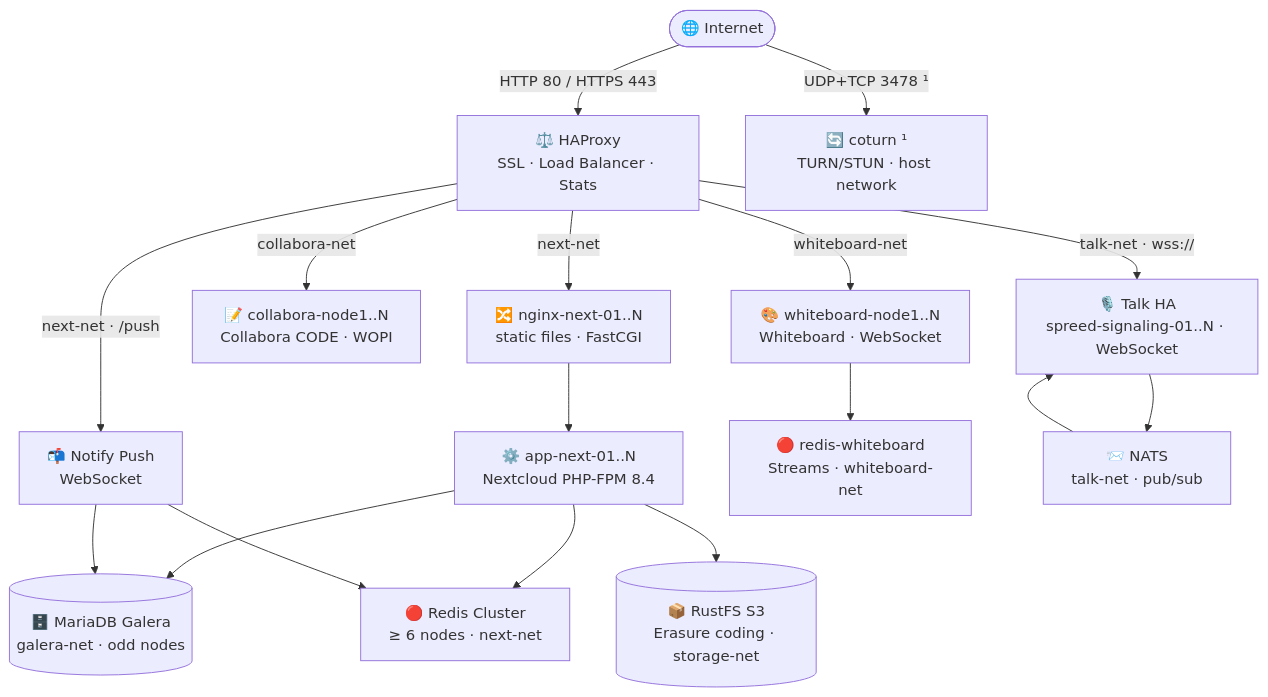
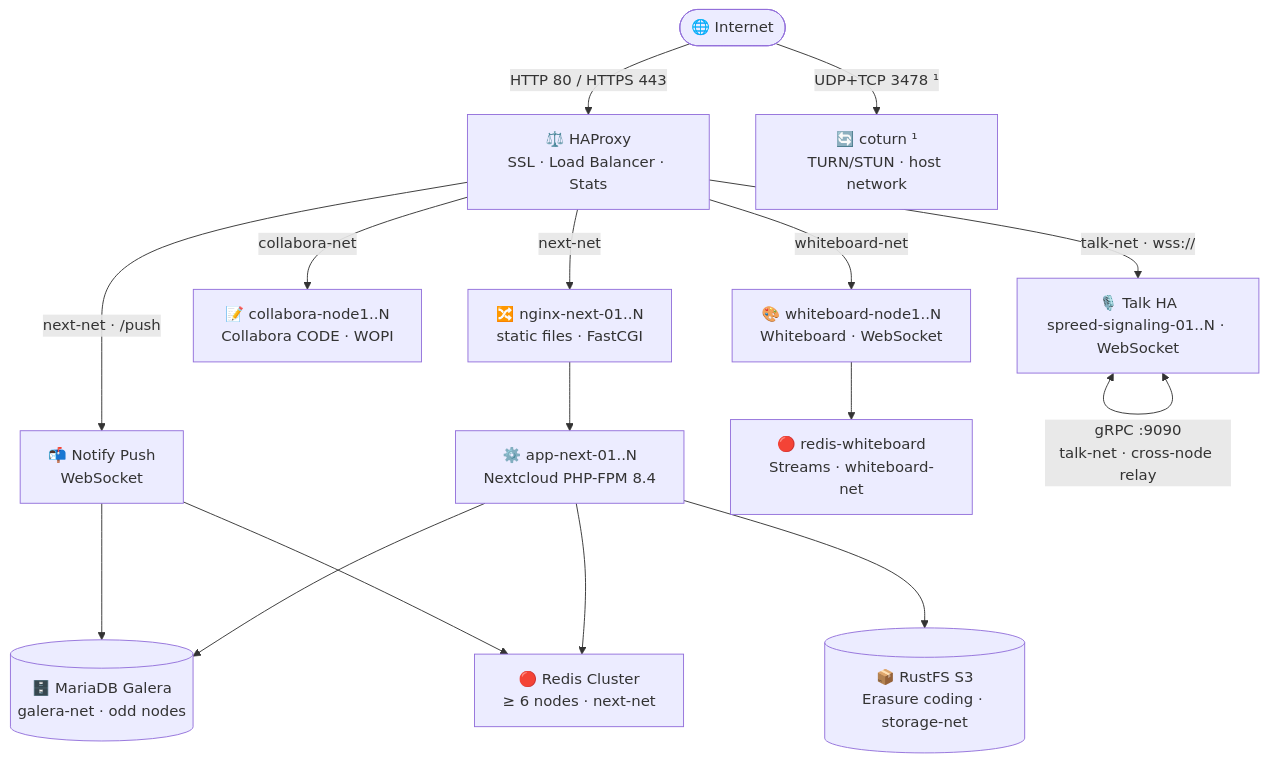
The diagram in README.md (oboeglen/Azure-NXT-Maxscale), drawn with Mermaid before and after one commit. The commit also changed other lines of this file, not shown here.

First line of the commit message:
docs: update Talk section and architecture — remove NATS, add gRPC

````diff
--- a/README.md
+++ b/README.md
@@ -141,29 +141,28 @@
 ```mermaid
 flowchart TD
     Internet(["🌐 Internet"]) -->|"HTTP 80 / HTTPS 443"| HAProxy
     Internet -->|"UDP+TCP 3478 ¹"| coturn
 
     HAProxy["⚖️ HAProxy\nSSL · Load Balancer · Stats"]
 
     HAProxy -->|"next-net · /push"| npush["📬 Notify Push\nWebSocket"]
     HAProxy -->|next-net| nginx["🔀 nginx-next-01..N\nstatic files · FastCGI"]
     HAProxy -->|collabora-net| collab["📝 collabora-node1..N\nCollabora CODE · WOPI"]
     HAProxy -->|whiteboard-net| wb["🎨 whiteboard-node1..N\nWhiteboard · WebSocket"]
     HAProxy -->|"talk-net · wss://"| sig["🎙️ Talk HA\nspreed-signaling-01..N · WebSocket"]
 
     nginx --> fpm["⚙️ app-next-01..N\nNextcloud PHP-FPM 8.4"]
 
     fpm --> galera[("🗄️ MariaDB Galera\ngalera-net · odd nodes")]
     fpm --> redis["🔴 Redis Cluster\n≥ 6 nodes · next-net"]
     fpm --> rustfs[("📦 RustFS S3\nErasure coding · storage-net")]
 
     wb --> redis_wb["🔴 redis-whiteboard\nStreams · whiteboard-net"]
 
-    sig --> nats["📨 NATS\ntalk-net · pub/sub"]
-    nats --> sig
+    sig <-->|"gRPC :9090\ntalk-net · cross-node relay"| sig
 
     npush --> redis
     npush --> galera
 
     coturn["🔄 coturn ¹\nTURN/STUN · host network"]
 ```
````
